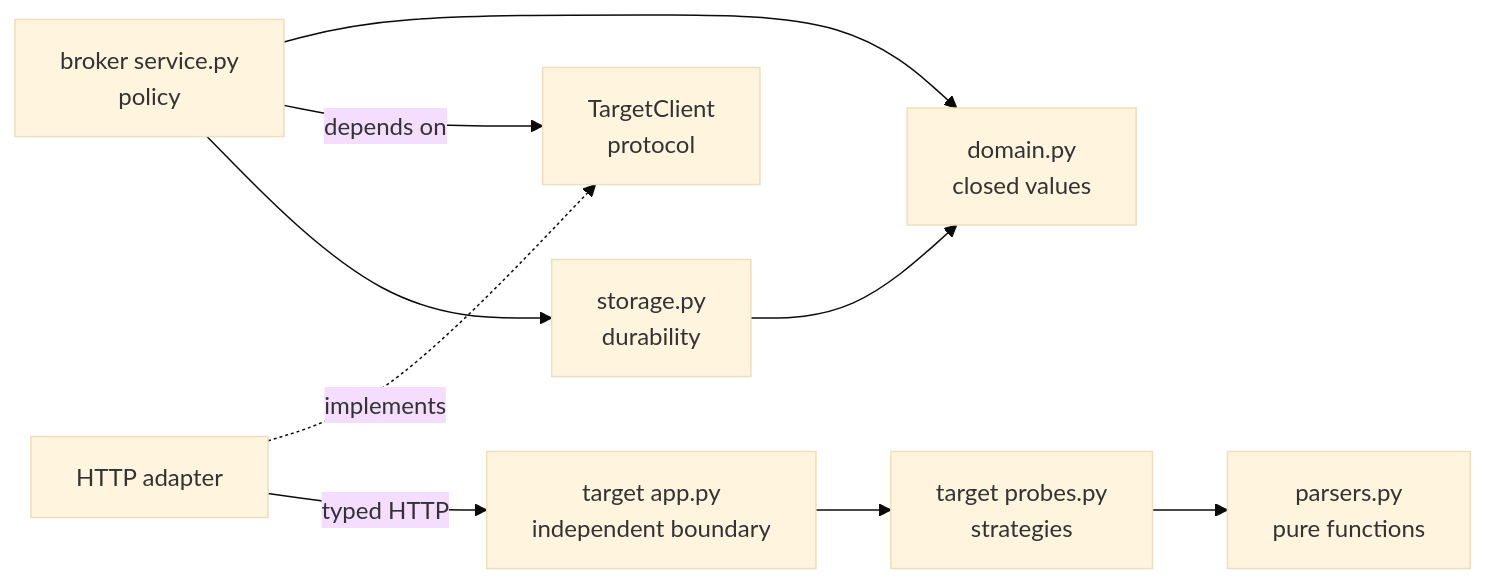
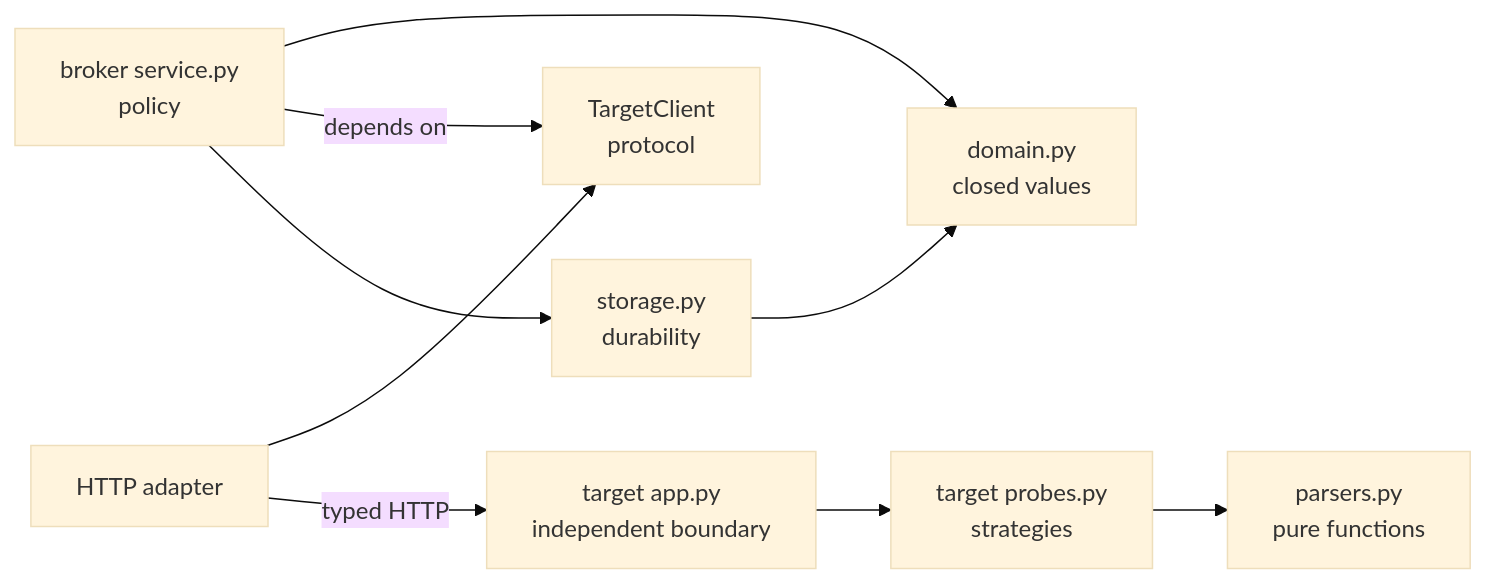
Before and after one commit to Qingyu255/Linux-Oncall-Agent: the sixth of 7 diagrams in docs/interview-presentation.md, drawn with Mermaid (base theme). The commit also changed other lines of this file, not shown here.

````diff
--- a/docs/interview-presentation.md
+++ b/docs/interview-presentation.md
@@ -226,17 +214,17 @@
 ```mermaid
 flowchart LR
     D[domain.py<br/>closed values]
     S[broker service.py<br/>policy]
     TC[TargetClient<br/>protocol]
     HT[HTTP adapter]
     TA[target app.py<br/>independent boundary]
     P[target probes.py<br/>strategies]
     PS[parsers.py<br/>pure functions]
     ST[storage.py<br/>durability]
 
     S --> D
     S -->|depends on| TC
-    HT -. implements .-> TC
+    HT --> TC
     HT -->|typed HTTP| TA --> P --> PS
     S --> ST --> D
 ```
````
